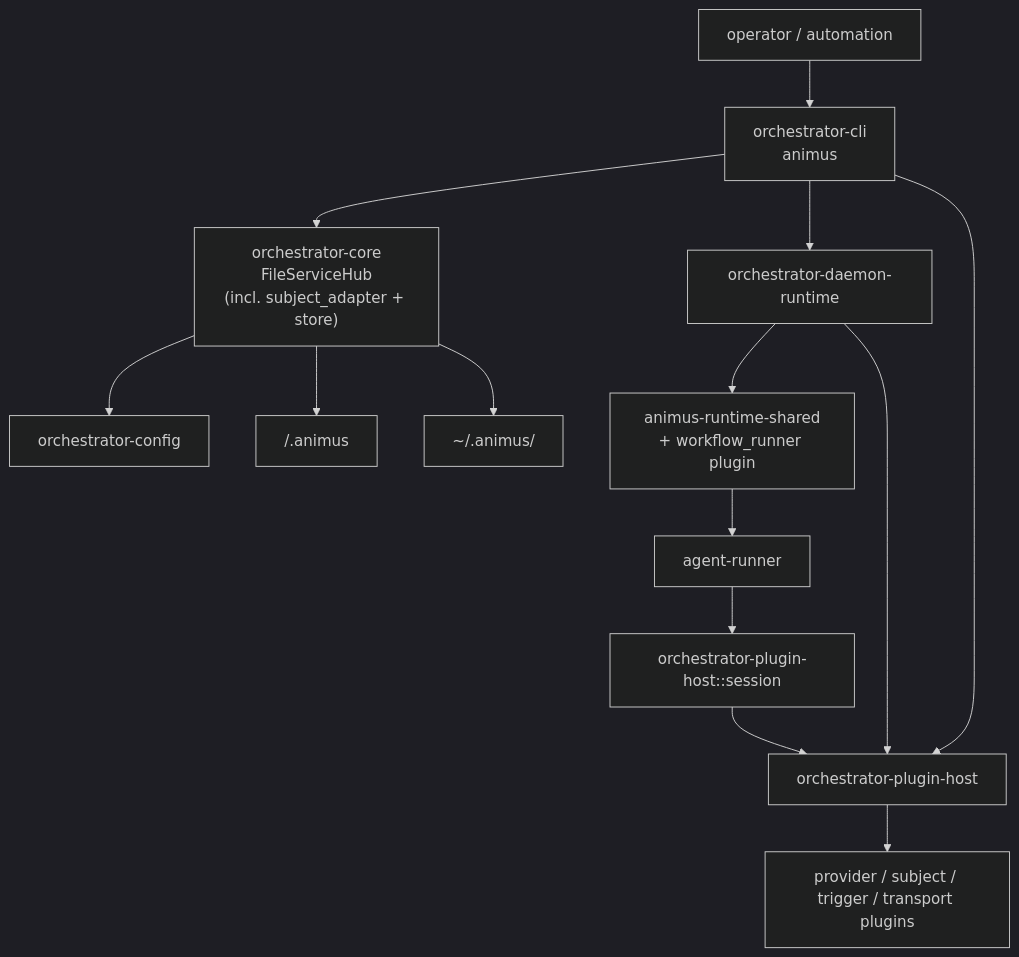
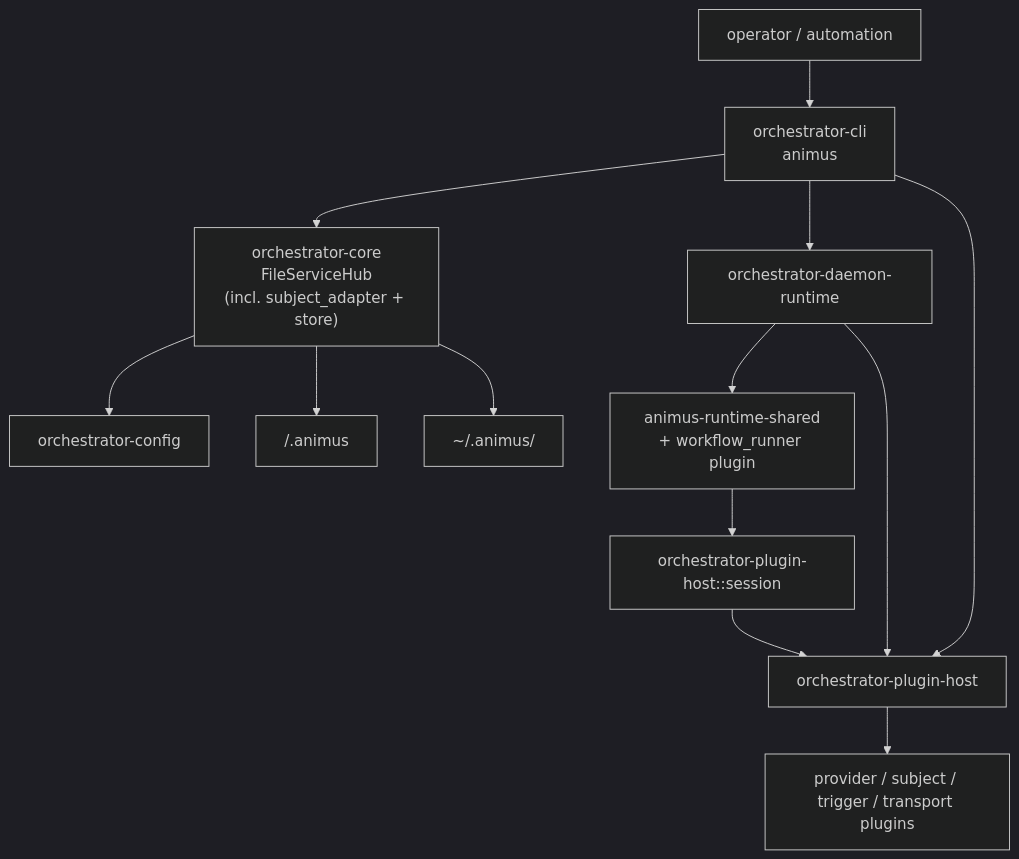
The diagram in docs/architecture/runtime-architecture.md (launchapp-dev/animus-cli), drawn with Mermaid (dark theme) before and after one commit. The commit also changed other lines of this file and 81 other files, not shown here.

First line of the commit message:
v0.5.3: delete agent-runner sidecar; reimplement agent CLI on provider plugins

````diff
--- a/docs/architecture/runtime-architecture.md
+++ b/docs/architecture/runtime-architecture.md
@@ -31,29 +31,27 @@
 ```mermaid
 flowchart TB
     OP["operator / automation"]
     CLI["orchestrator-cli<br/>animus"]
     CORE["orchestrator-core<br/>FileServiceHub<br/>(incl. subject_adapter + store)"]
     CFG["orchestrator-config"]
     DAEMON["orchestrator-daemon-runtime"]
     WFR["animus-runtime-shared<br/>+ workflow_runner plugin"]
-    AR["agent-runner"]
     SESSION["orchestrator-plugin-host::session"]
     PHOST["orchestrator-plugin-host"]
     PLUGINS["provider / subject / trigger / transport plugins"]
     STATE["~/.animus/<repo-scope>"]
     LOCAL["<project>/.animus"]
 
     OP --> CLI
     CLI --> CORE
     CLI --> DAEMON
     CORE --> CFG
     CORE --> LOCAL
     CORE --> STATE
     DAEMON --> WFR
-    WFR --> AR
-    AR --> SESSION
+    WFR --> SESSION
     SESSION --> PHOST
     DAEMON --> PHOST
     CLI --> PHOST
     PHOST --> PLUGINS
 ```
````
